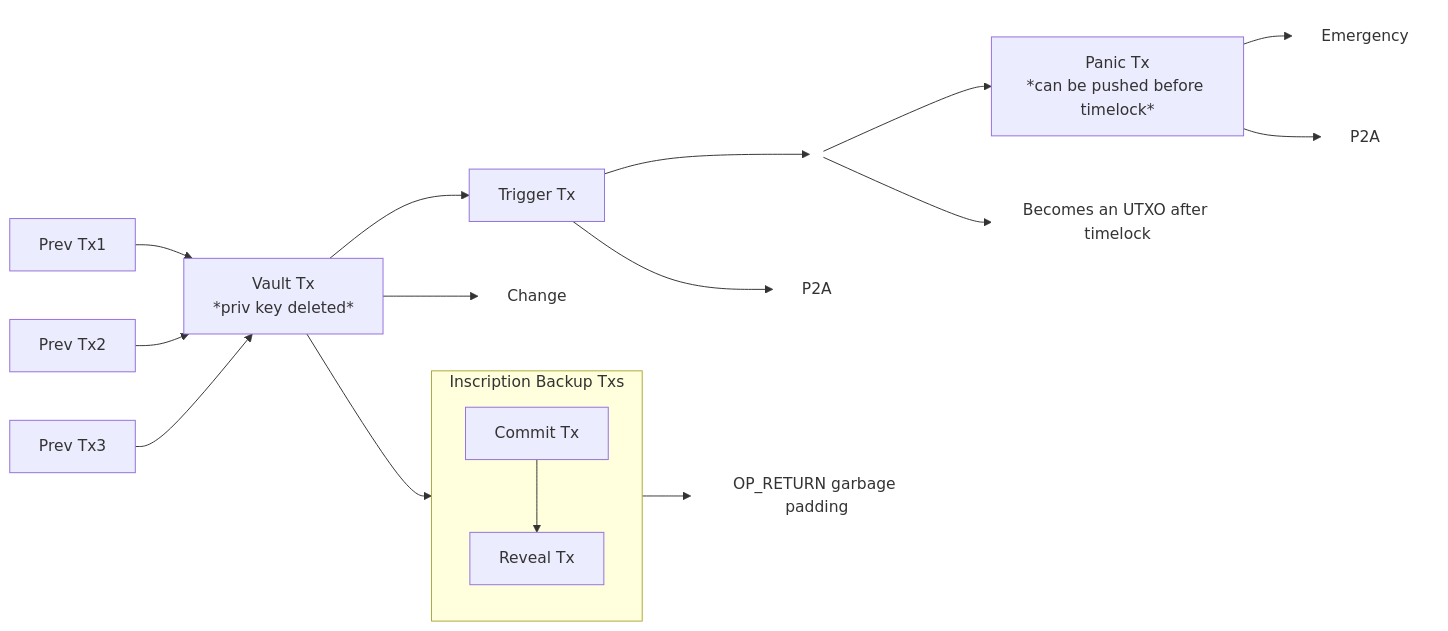
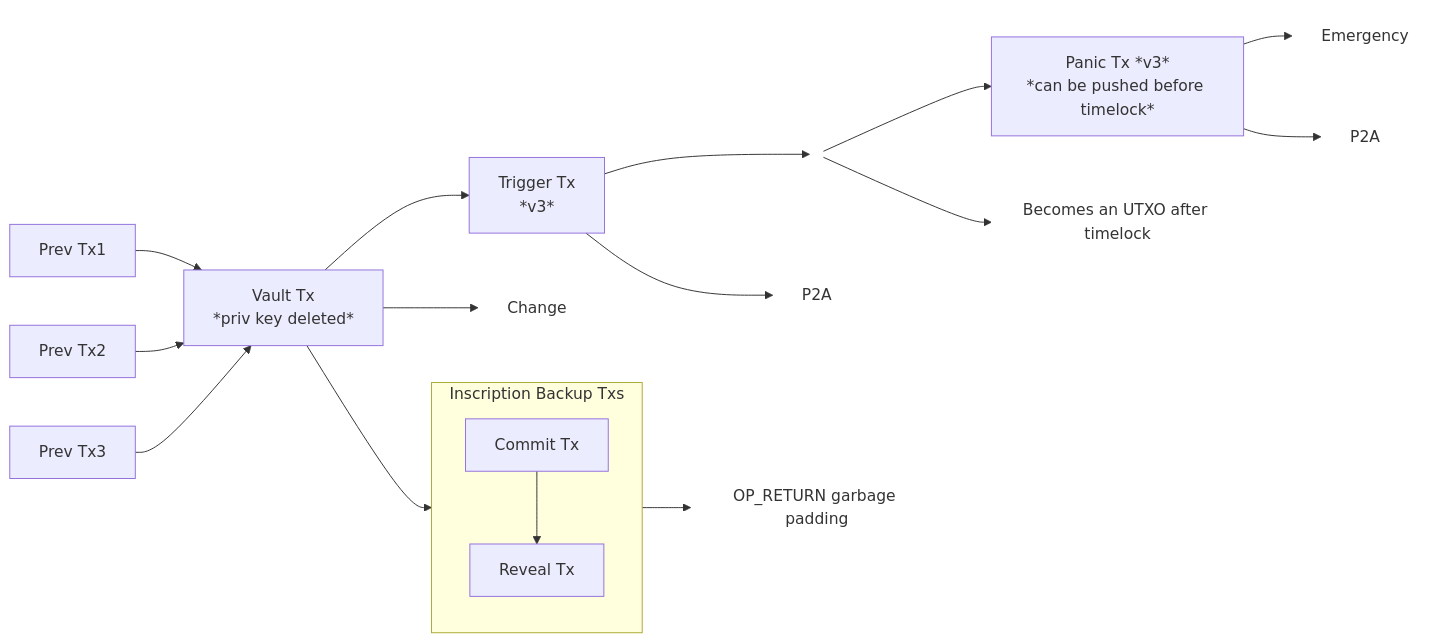
Before and after one commit to bitcoinerlab/playground: the second of 2 diagrams in descriptors/rewind2/README.md, drawn with Mermaid. The commit also changed other lines of this file, not shown here.

Commit message:
docs: add v2 tx details in panic/trigger txs

````diff
--- a/descriptors/rewind2/README.md
+++ b/descriptors/rewind2/README.md
@@ -172,53 +172,53 @@
 ```mermaid
 flowchart LR
     U1[Prev Tx1]
     U2[Prev Tx2]
     U3[Prev Tx3]
 
     V[Vault Tx<br/>*priv key deleted*]
     subgraph BackupTxs[Inscription Backup Txs]
         direction TB
         Cmt[Commit Tx]
         Rev[Reveal Tx]
     end
 
-    T[Trigger Tx]
+    T[Trigger Tx<br>*v3*]
     C[Change]
 
     %% Fork node
     F(( ))
     style F fill:transparent,stroke:transparent
 
     %% UTXO N as borderless box
     UTXON[Becomes an UTXO after timelock]
     style UTXON fill:transparent,stroke:transparent
 
     %% Inputs
     U1 --> V
     U2 --> V
     U3 --> V
 
     %% Vault outputs
     V --> Cmt
     Cmt --> Rev
     Rev --> O_R[OP_RETURN garbage padding]
     style O_R fill:transparent,stroke:transparent
     V --> T
     V --> C
     style C fill:transparent,stroke:transparent
 
     %% Trigger Tx outputs
     T --> F
     T --> A_T[P2A]
     style A_T fill:transparent,stroke:transparent
 
     %% Forked outputs
-    F --> P[Panic Tx<br/>*can be pushed before timelock*]
+    F --> P[Panic Tx *v3*<br/>*can be pushed before timelock*]
     F --> UTXON
 
     %% Panic Tx outputs
     P --> E[Emergency]
     style E fill:transparent,stroke:transparent
     P --> A_P[P2A]
     style A_P fill:transparent,stroke:transparent
 ```
````
